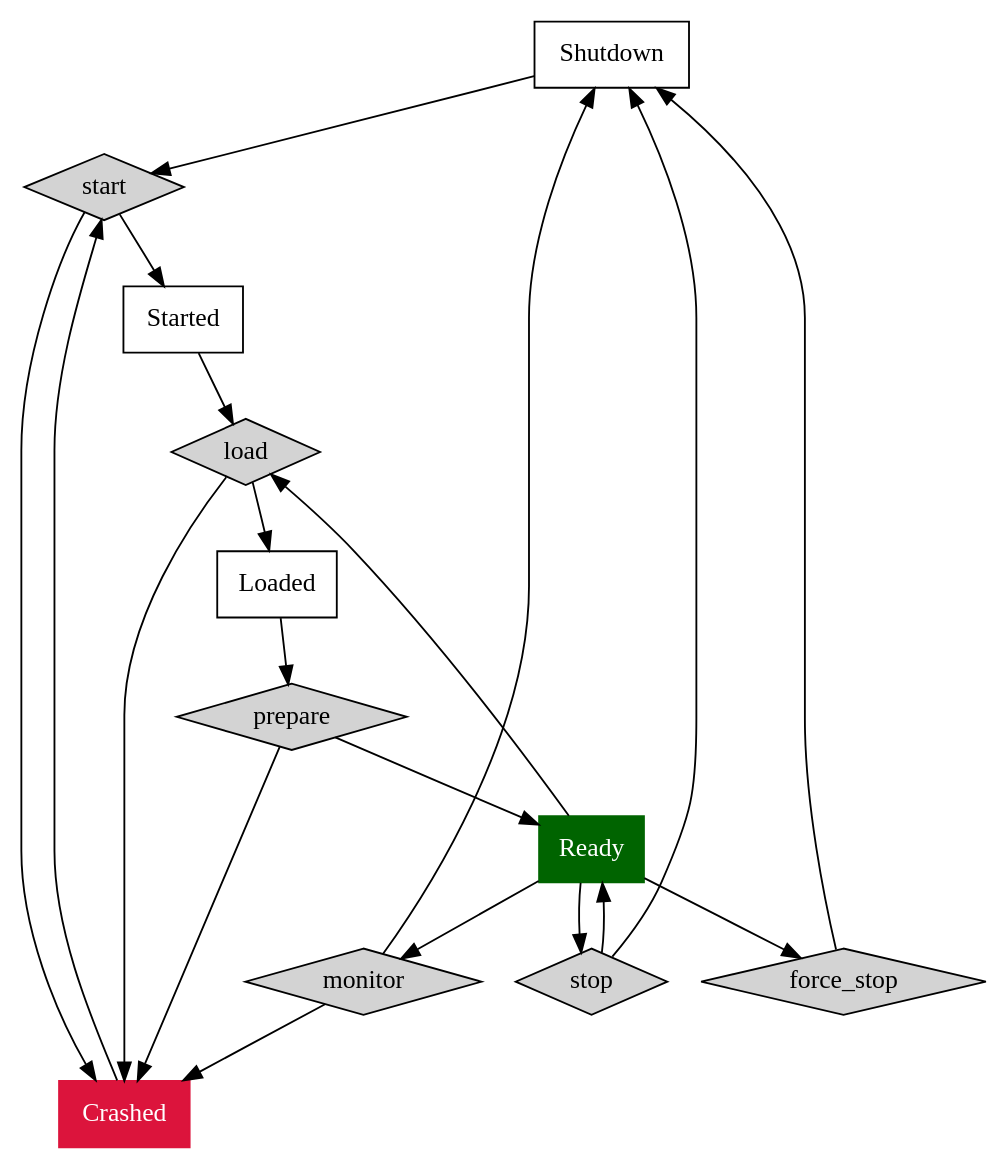
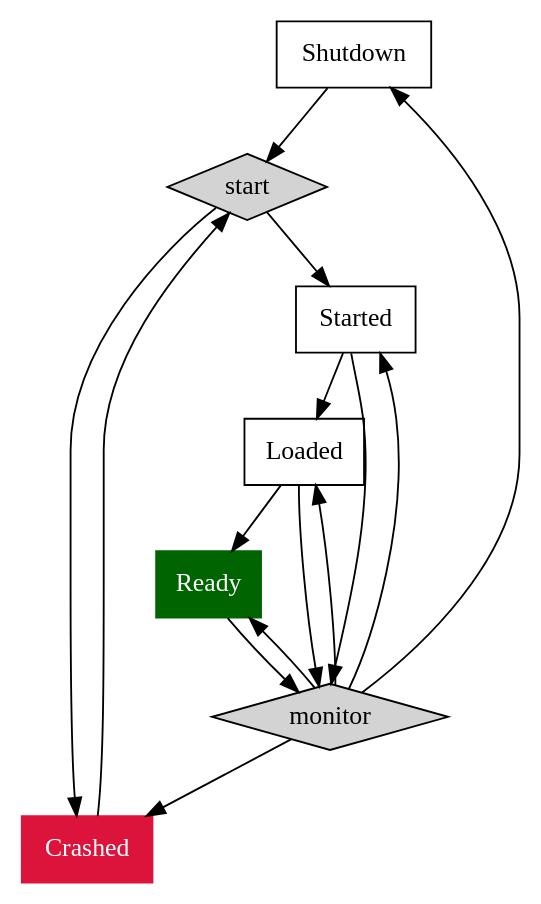
Before and after one commit to TheKhanj/yuz: the diagram in docs/process.gv, drawn with Graphviz.

```diff
--- a/docs/process.gv
+++ b/docs/process.gv
@@ -1,36 +1,29 @@
 digraph Process {
 	// process states
 	shutdown				[label="Shutdown", shape="box", fontname="Ubuntu"]
 	started		 			[label="Started", shape="box", fontname="Ubuntu"]
 	loaded      		[label="Loaded", shape="box", fontname="Ubuntu"]
 	ready						[label="Ready", color="darkgreen", fontcolor="white", shape="box", style="filled", fontname="Ubuntu"]
 	crashed					[label="Crashed", color="crimson", fontcolor="white", shape="box", style="filled", fontname="Ubuntu"]
 
 	// process actions
 	start						[label="start", shape="diamond", style="filled", fontname="Ubuntu"]
-	load      			[label="load", shape="diamond", style="filled", fontname="Ubuntu"]
-	prepare					[label="prepare", shape="diamond", style="filled", fontname="Ubuntu"]
-	force_stop			[label="force_stop", shape="diamond", style="filled", fontname="Ubuntu"]
-	stop						[label="stop", shape="diamond", style="filled", fontname="Ubuntu"]
 	monitor					[label="monitor", shape="diamond", style="filled", fontname="Ubuntu"]
 
 	shutdown -> start
 	crashed -> start
 	start -> started
 	start -> crashed
-	started -> load
-	load -> crashed
-	load -> loaded
-	loaded -> prepare
-	prepare -> crashed
-	prepare -> ready
-	ready -> load
-	ready -> stop
+	started -> loaded
+	loaded -> ready
+
+	started -> monitor
+	loaded -> monitor
 	ready -> monitor
+
+	monitor -> crashed
 	monitor -> shutdown
-	monitor -> crashed
-	stop -> ready
-	stop -> shutdown
-	ready -> force_stop
-	force_stop -> shutdown
+	monitor -> started
+	monitor -> loaded
+	monitor -> ready
 }
```
